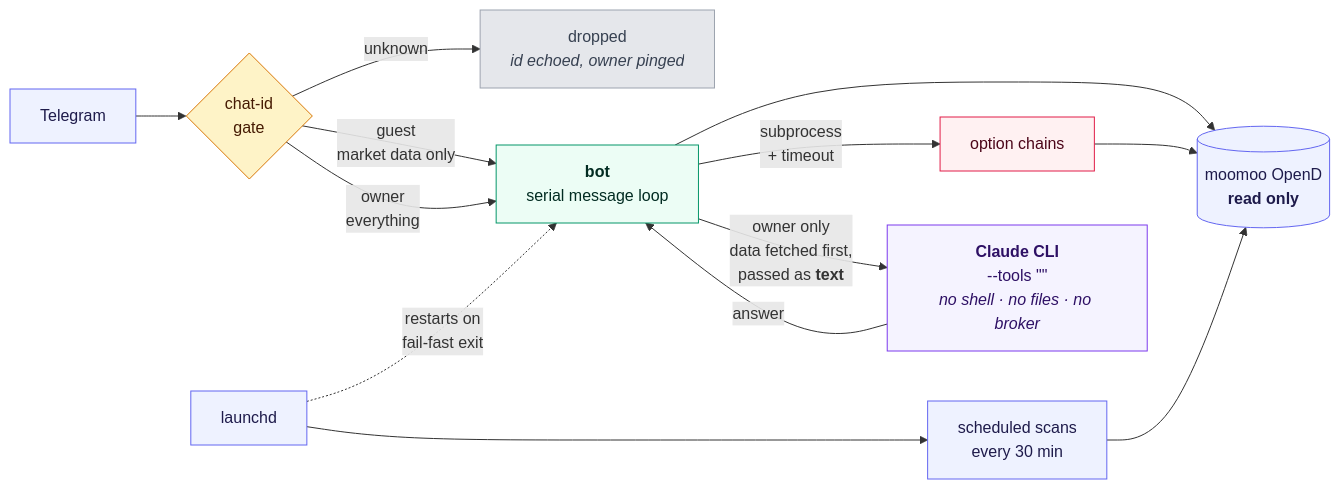
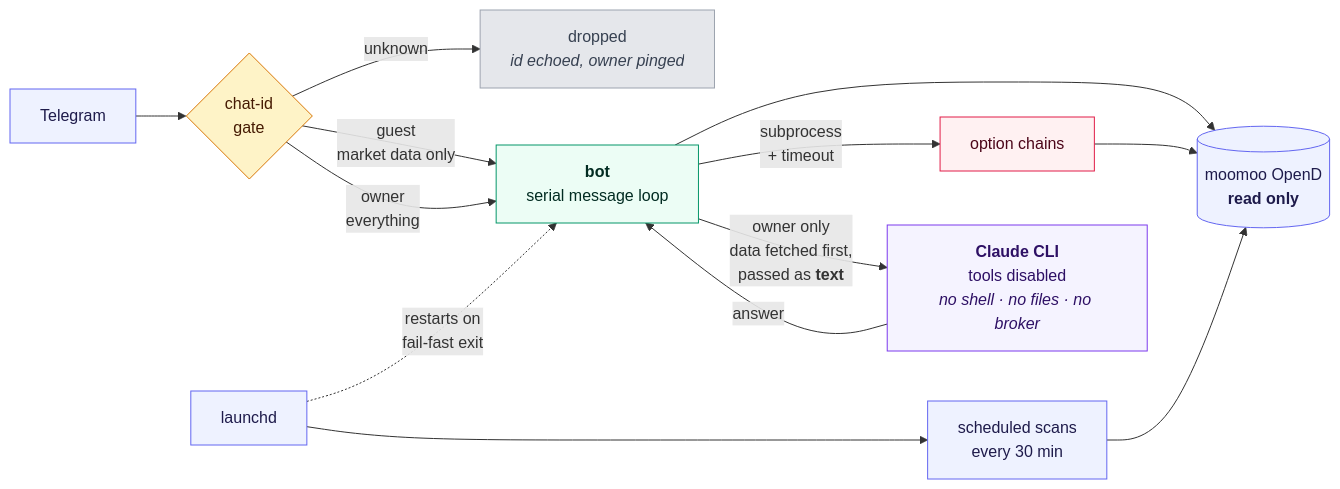
The diagram in README.md (derricktan91/moomoo-wheel-bot), drawn with Mermaid before and after one commit. The commit also changed other lines of this file, not shown here.

Commit message:
README: fix mermaid parse error in the Claude node
Quote characters inside a quoted node label break Mermaid's parser, and
&quot; does not survive it either — GitHub showed "Unable to render rich
display, parse error on line 12" instead of the diagram.

The label now reads "tools disabled"; the exact flag is stated in the prose
underneath, where quotes are safe.

````diff
--- a/README.md
+++ b/README.md
@@ -173,31 +173,31 @@
 ```mermaid
 flowchart LR
     tg["Telegram"] --> gate{"chat-id<br/>gate"}
     gate -- "unknown" --> drop["dropped<br/><i>id echoed, owner pinged</i>"]
     gate -- "guest<br/>market data only" --> bot
     gate -- "owner<br/>everything" --> bot["<b>bot</b><br/>serial message loop"]
 
     bot -- "subprocess<br/>+ timeout" --> chains["option chains"]
     bot --> opend[("moomoo OpenD<br/><b>read only</b>")]
     chains --> opend
     scan["scheduled scans<br/>every 30 min"] --> opend
 
-    bot -- "owner only<br/>data fetched first,<br/>passed as <b>text</b>" --> claude["<b>Claude CLI</b><br/>--tools &quot;&quot;<br/><i>no shell · no files · no broker</i>"]
+    bot -- "owner only<br/>data fetched first,<br/>passed as <b>text</b>" --> claude["<b>Claude CLI</b><br/>tools disabled<br/><i>no shell · no files · no broker</i>"]
     claude -- "answer" --> bot
 
     launchd["launchd"] -. "restarts on<br/>fail-fast exit" .-> bot
     launchd --> scan
 
     classDef ext fill:#eef2ff,stroke:#6366f1,color:#1e1b4b
     classDef gate fill:#fef3c7,stroke:#d97706,color:#451a03
     classDef core fill:#ecfdf5,stroke:#059669,color:#022c22
     classDef iso fill:#fff1f2,stroke:#e11d48,color:#4c0519
     classDef drop fill:#e5e7eb,stroke:#9ca3af,color:#374151
     classDef ai fill:#f5f3ff,stroke:#7c3aed,color:#2e1065
     class tg,opend,launchd,scan ext
     class gate gate
     class bot core
     class chains iso
     class drop drop
     class claude ai
 ```
````
